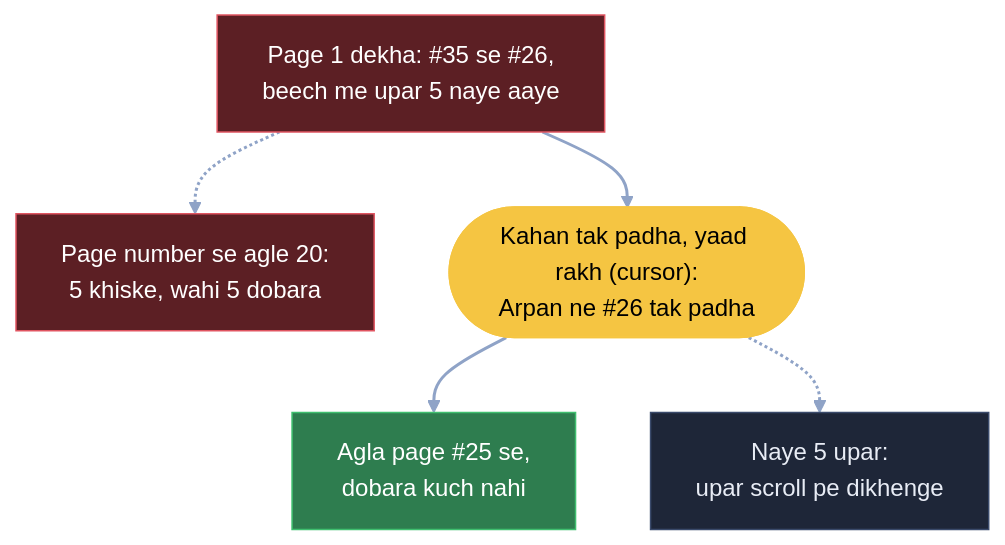
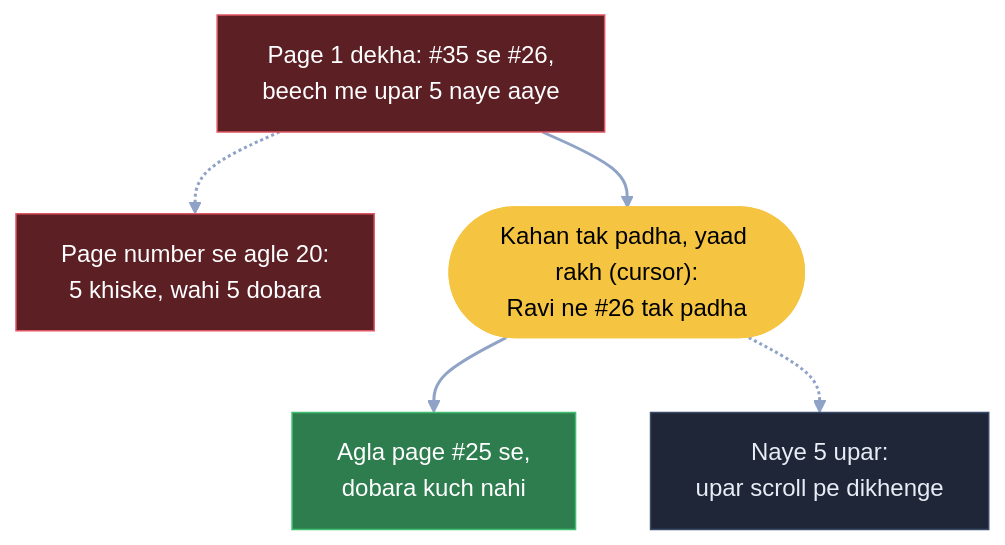
One commit to ArpanMaheshwari144/Prep changed diagram 18 of 18 in 04_HLD/SYSTEM_DESIGNS/03_twitter_feed/03_twitter_feed.md. Above: the diagram before and after it, drawn with Mermaid (forest theme). The commit also changed other lines of this file and 8 other files, not shown here.

Commit message:
Milaan: 7 idempotency block me Asli naam, Twitter kadam 6 + Ravi ne padha, Kafka me Banking number, Netflix raat ko bharai line

````diff
--- a/04_HLD/SYSTEM_DESIGNS/03_twitter_feed/03_twitter_feed.md
+++ b/04_HLD/SYSTEM_DESIGNS/03_twitter_feed/03_twitter_feed.md
@@ -605,17 +605,17 @@
 ```mermaid
 flowchart TB
     X["Page 1 dekha: #35 se #26,<br/>beech me upar 5 naye aaye"]:::bad
     O["Page number se agle 20:<br/>5 khiske, wahi 5 dobara"]:::bad
-    CR(["Kahan tak padha, yaad rakh (cursor):<br/>Arpan ne #26 tak padha"]):::pill
+    CR(["Kahan tak padha, yaad rakh (cursor):<br/>Ravi ne #26 tak padha"]):::pill
     N["Agla page #25 se,<br/>dobara kuch nahi"]:::good
     U["Naye 5 upar:<br/>upar scroll pe dikhenge"]:::card
     X -.-> O
     X --> CR
     CR --> N
     CR -.-> U
     linkStyle default stroke:#8fa3c7,stroke-width:2px
     classDef card fill:#1e2638,stroke:#3a4a6b,color:#e8ecf5
     classDef pill fill:#f5c542,stroke:#f5c542,color:#000
     classDef good fill:#2e7d4f,stroke:#3fbf6f,color:#fff
     classDef bad fill:#5c1f24,stroke:#e05561,color:#fff
 ```
````
